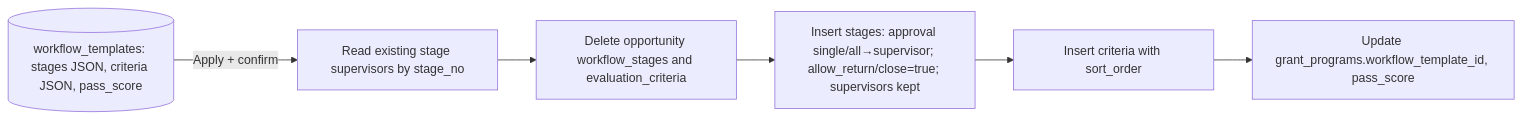
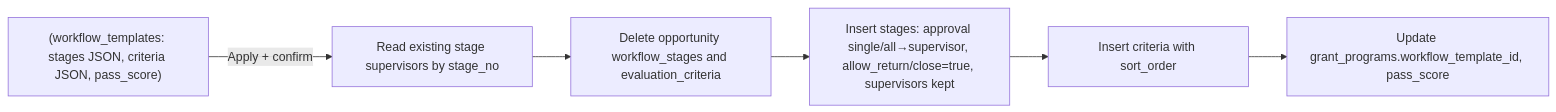
The third of 7 diagrams in docs/business-analysis/modules/04-PRG.md (WBLcompany/FundManagementDemo), drawn with Mermaid before and after one commit. The commit also changed other lines of this file and 9 other files, not shown here.

First line of the commit message:
Add Word version of the BA package and fix diagram syntax

````diff
--- a/docs/business-analysis/modules/04-PRG.md
+++ b/docs/business-analysis/modules/04-PRG.md
@@ -253,8 +253,8 @@
 ```mermaid
 flowchart LR
-    T[(workflow_templates: stages JSON, criteria JSON, pass_score)] -->|Apply + confirm| X[Read existing stage supervisors by stage_no]
+    T["(workflow_templates: stages JSON, criteria JSON, pass_score)"] -->|Apply + confirm| X[Read existing stage supervisors by stage_no]
     X --> Y[Delete opportunity workflow_stages and evaluation_criteria]
-    Y --> Z[Insert stages: approval single/all→supervisor; allow_return/close=true; supervisors kept]
+    Y --> Z[Insert stages: approval single/all→supervisor, allow_return/close=true, supervisors kept]
     Z --> W[Insert criteria with sort_order]
     W --> V[Update grant_programs.workflow_template_id, pass_score]
 ```
````
